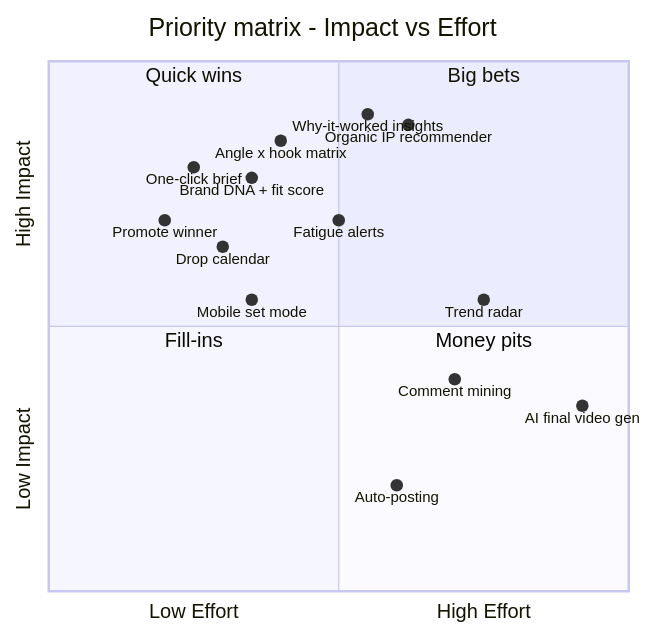
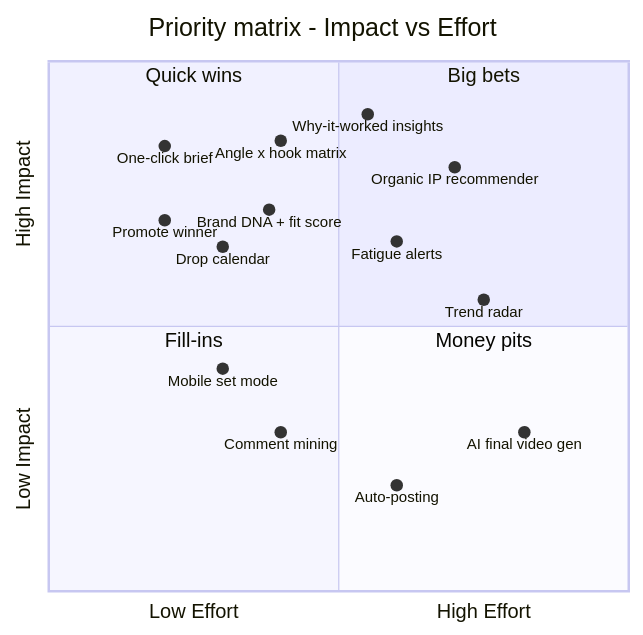
One commit to nickzverse-lang/aiexperiment changed the diagram in docs/06-ideation-and-concepts.md. Above: the diagram before and after it, drawn with Mermaid. The commit also changed other lines of this file and 2 other files, not shown here.

Commit message:
Add project book page and tidy priority matrix positions
Claude-Session: https://claude.ai/code/session_016hTRp9RoAoLWsijXZPXeLo

````diff
--- a/docs/06-ideation-and-concepts.md
+++ b/docs/06-ideation-and-concepts.md
@@ -66,23 +66,23 @@
 ```mermaid
 quadrantChart
     title Priority matrix - Impact vs Effort
     x-axis Low Effort --> High Effort
     y-axis Low Impact --> High Impact
     quadrant-1 Big bets
     quadrant-2 Quick wins
     quadrant-3 Fill-ins
     quadrant-4 Money pits
-    One-click brief: [0.25, 0.80]
-    Brand DNA + fit score: [0.35, 0.78]
+    One-click brief: [0.20, 0.84]
+    Brand DNA + fit score: [0.38, 0.72]
     Why-it-worked insights: [0.55, 0.90]
-    Organic IP recommender: [0.62, 0.88]
+    Organic IP recommender: [0.70, 0.80]
     Angle x hook matrix: [0.40, 0.85]
     Promote winner: [0.20, 0.70]
     Drop calendar: [0.30, 0.65]
-    Fatigue alerts: [0.50, 0.70]
-    Mobile set mode: [0.35, 0.55]
+    Fatigue alerts: [0.60, 0.66]
+    Mobile set mode: [0.30, 0.42]
     Trend radar: [0.75, 0.55]
-    Comment mining: [0.70, 0.40]
+    Comment mining: [0.40, 0.30]
     Auto-posting: [0.60, 0.20]
-    AI final video gen: [0.92, 0.35]
+    AI final video gen: [0.82, 0.30]
 ```
````
